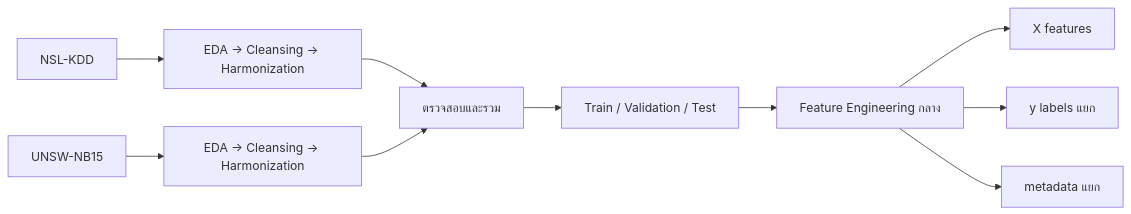
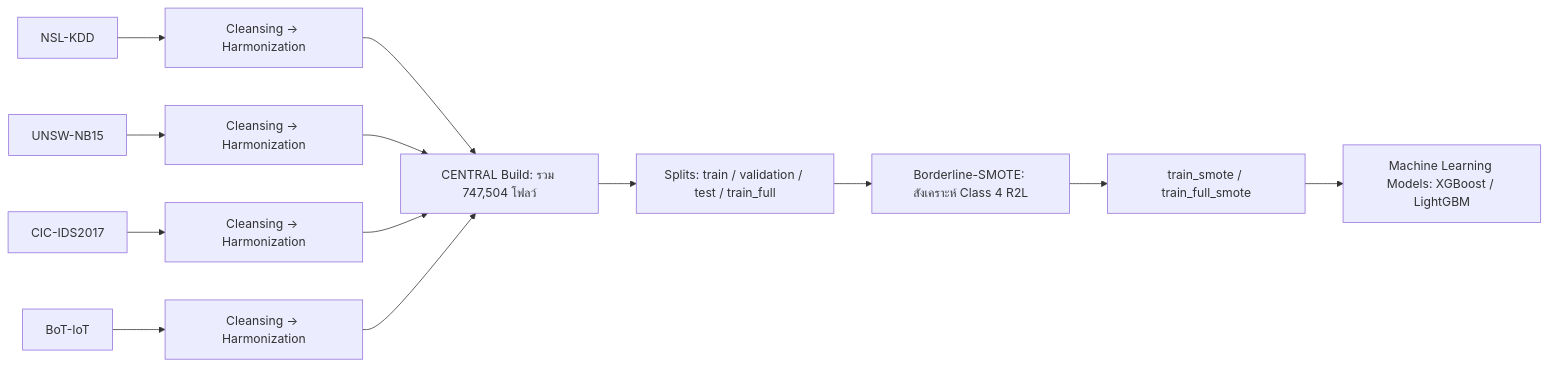
One commit to kokonj456-dotcom/CSI-ML-Network-Traffic-Detection changed the first of 2 diagrams in data-pipeline/README.md. Above: the diagram before and after it, drawn with Mermaid. The commit also changed other lines of this file and 33 other files, not shown here.

Commit message:
Add CIC-IDS2017 and BoT-IoT pipelines, migrate common to CENTRAL, and add Borderline-SMOTE

````diff
--- a/data-pipeline/README.md
+++ b/data-pipeline/README.md
@@ -9,12 +13,15 @@
 ```mermaid
 flowchart LR
-    A[NSL-KDD] --> A1[EDA → Cleansing → Harmonization]
-    B[UNSW-NB15] --> B1[EDA → Cleansing → Harmonization]
-    A1 --> C[ตรวจสอบและรวม]
-    B1 --> C
-    C --> D[Train / Validation / Test]
-    D --> E[Feature Engineering กลาง]
-    E --> F[X features]
-    E --> G[y labels แยก]
-    E --> H[metadata แยก]
+    A[NSL-KDD] --> A1[Cleansing → Harmonization]
+    B[UNSW-NB15] --> B1[Cleansing → Harmonization]
+    C[CIC-IDS2017] --> C1[Cleansing → Harmonization]
+    D[BoT-IoT] --> D1[Cleansing → Harmonization]
+    A1 --> M[CENTRAL Build: รวม 747,504 โฟลว์]
+    B1 --> M
+    C1 --> M
+    D1 --> M
+    M --> S[Splits: train / validation / test / train_full]
+    S --> BSMOTE[Borderline-SMOTE: สังเคราะห์ Class 4 R2L]
+    BSMOTE --> SMOTE_SPLIT[train_smote / train_full_smote]
+    SMOTE_SPLIT --> ML[Machine Learning Models: XGBoost / LightGBM]
 ```
````
